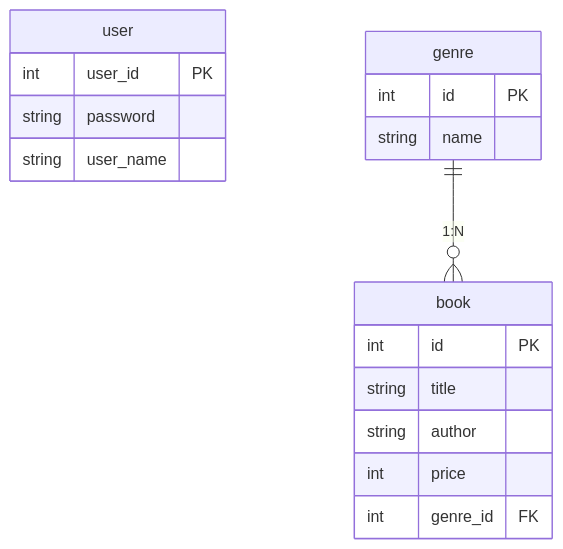
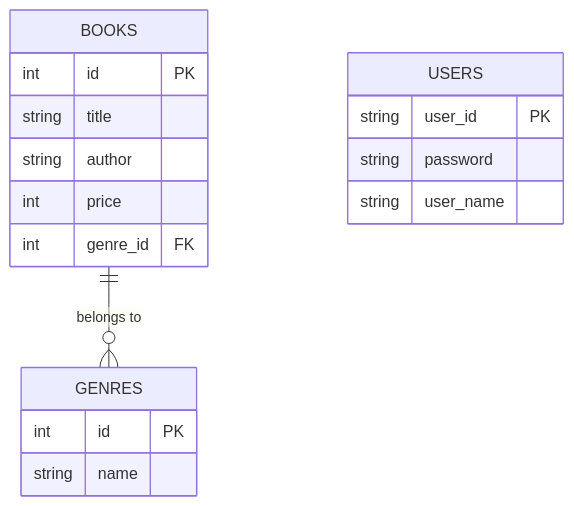
Before and after one commit to juyeongjung1/springboot_personal_practice: the seventh of 7 diagrams in docs/Comprehensive_Design_Specification.md, drawn with Mermaid. The commit also changed other lines of this file and 15 other files, not shown here.

Commit message:
全体設計書の改善：第3章追加、画面遷移図追加、画像品質向上、および検索結果画面の「検索条件」文言削除。

````diff
--- a/docs/Comprehensive_Design_Specification.md
+++ b/docs/Comprehensive_Design_Specification.md
@@ -69,20 +138,20 @@
 ```mermaid
 erDiagram
-    user {
-        int user_id PK
-        string password
-        string user_name
-    }
-    book {
+    BOOKS ||--o{ GENRES : "belongs to"
+    BOOKS {
         int id PK
         string title
         string author
         int price
         int genre_id FK
     }
-    genre {
+    GENRES {
         int id PK
         string name
     }
-    genre ||--o{ book : "1:N"
+    USERS {
+        string user_id PK
+        string password
+        string user_name
+    }
 ```
````
